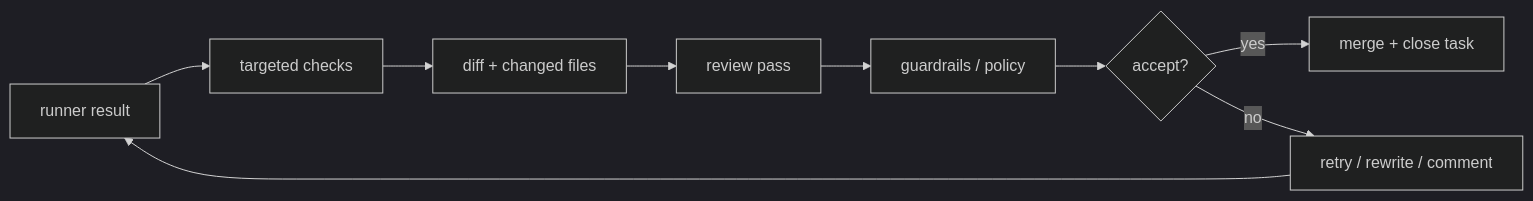
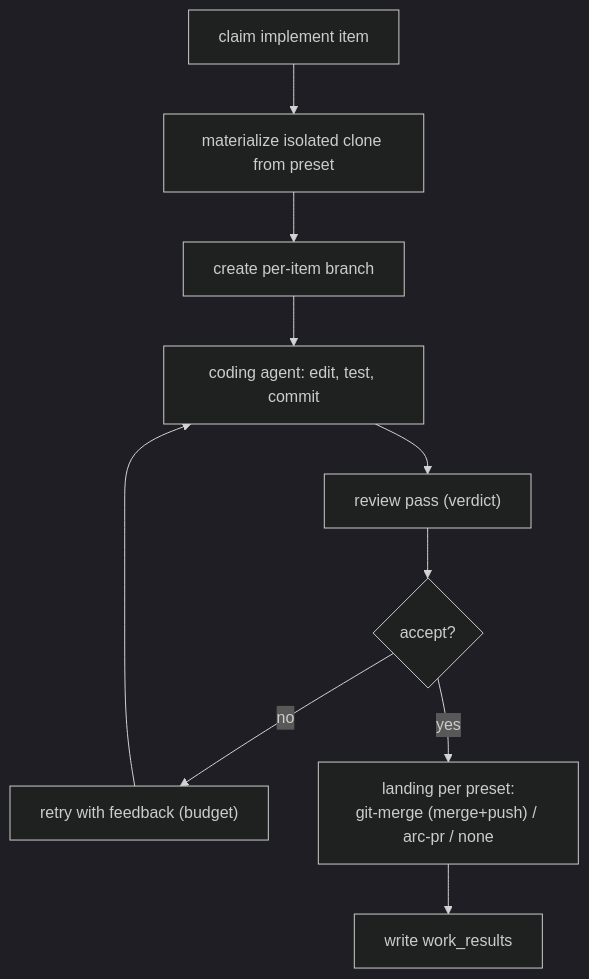
The fourth of 6 diagrams in docs/architecture.md (egv/yolo-runner), drawn with Mermaid (dark theme) before and after one commit. The commit also changed other lines of this file and 9 other files, not shown here.

First line of the commit message:
Bring documentation up to date with the queue-split architecture

````diff
--- a/docs/architecture.md
+++ b/docs/architecture.md
@@ -186,11 +120,12 @@
 ```mermaid
-flowchart LR
-  Result["runner result"] --> Tests["targeted checks"]
-  Tests --> Diff["diff + changed files"]
-  Diff --> Review["review pass"]
-  Review --> Policy["guardrails / policy"]
-  Policy --> Gate{"accept?"}
-  Gate -->|yes| Merge["merge + close task"]
-  Gate -->|no| Retry["retry / rewrite / comment"]
-  Retry --> Result
+flowchart TB
+  Claim["claim implement item"] --> Mat["materialize isolated clone from preset"]
+  Mat --> Branch["create per-item branch"]
+  Branch --> Impl["coding agent: edit, test, commit"]
+  Impl --> Review["review pass (verdict)"]
+  Review --> Gate{"accept?"}
+  Gate -->|no| Retry["retry with feedback (budget)"]
+  Retry --> Impl
+  Gate -->|yes| Land["landing per preset:<br/>git-merge (merge+push) / arc-pr / none"]
+  Land --> ResultRow["write work_results"]
 ```
````
